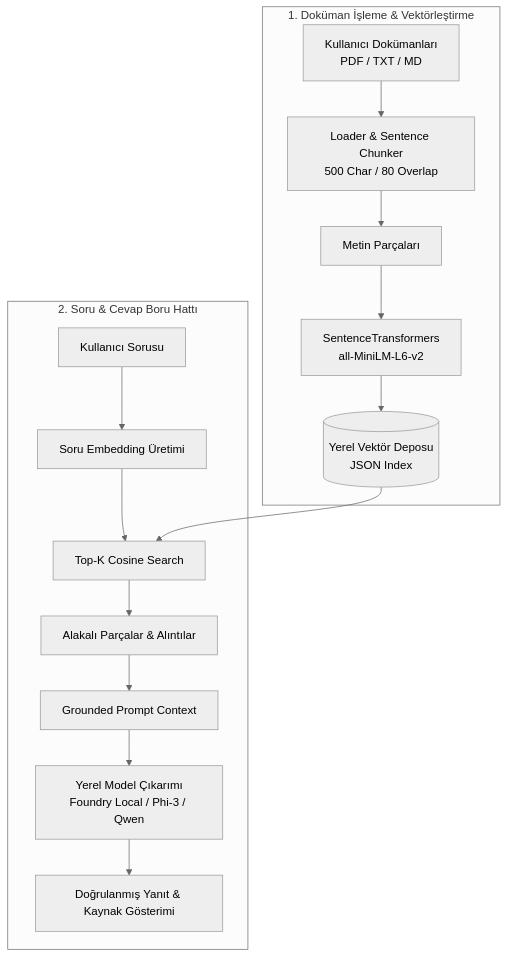
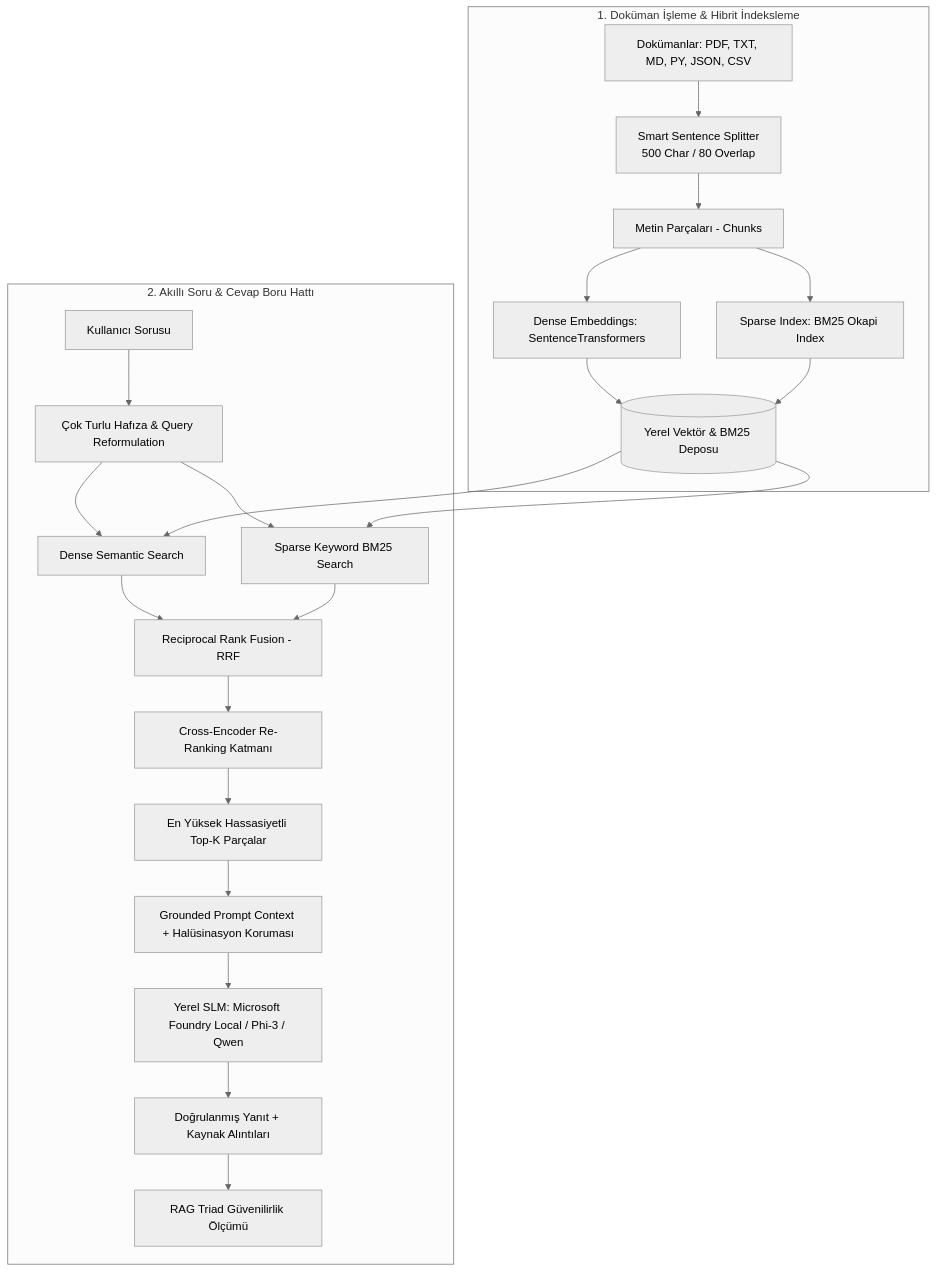
The diagram in README.md (mrkeles61/microsoft-foundry-local-rag), drawn with Mermaid (neutral theme) before and after one commit. The commit also changed other lines of this file and 9 other files, not shown here.

Commit message:
feat(rag2.0): implement hybrid search (BM25+Dense+RRF), cross-encoder reranking, query reformulation, and RAG Triad evaluation

````diff
--- a/README.md
+++ b/README.md
@@ -23,19 +28,27 @@
 ```mermaid
 flowchart TD
-    subgraph Ingestion ["1. Doküman İşleme & Vektörleştirme"]
-        A[Kullanıcı Dokümanları\nPDF / TXT / MD] --> B[Loader & Sentence Chunker\n500 Char / 80 Overlap]
-        B --> C[Metin Parçaları]
-        C --> D[SentenceTransformers\nall-MiniLM-L6-v2]
-        D --> E[(Yerel Vektör Deposu\nJSON Index)]
+    subgraph Ingestion ["1. Doküman İşleme & Hibrit İndeksleme"]
+        A[Dokümanlar: PDF, TXT, MD, PY, JSON, CSV] --> B[Smart Sentence Splitter\n500 Char / 80 Overlap]
+        B --> C[Metin Parçaları - Chunks]
+        C --> D1[Dense Embeddings: SentenceTransformers]
+        C --> D2[Sparse Index: BM25 Okapi Index]
+        D1 --> E[(Yerel Vektör & BM25 Deposu)]
+        D2 --> E
     end
 
-    subgraph QueryPipeline ["2. Soru & Cevap Boru Hattı"]
-        F[Kullanıcı Sorusu] --> G[Soru Embedding Üretimi]
-        G --> H[Top-K Cosine Search]
-        E --> H
-        H --> I[Alakalı Parçalar & Alıntılar]
-        I --> J[Grounded Prompt Context]
-        J --> K[Yerel Model Çıkarımı\nFoundry Local / Phi-3 / Qwen]
-        K --> L[Doğrulanmış Yanıt & Kaynak Gösterimi]
+    subgraph QueryPipeline ["2. Akıllı Soru & Cevap Boru Hattı"]
+        F[Kullanıcı Sorusu] --> G[Çok Turlu Hafıza & Query Reformulation]
+        G --> H1[Dense Semantic Search]
+        G --> H2[Sparse Keyword BM25 Search]
+        E --> H1
+        E --> H2
+        H1 --> RRF[Reciprocal Rank Fusion - RRF]
+        H2 --> RRF
+        RRF --> RERANK[Cross-Encoder Re-Ranking Katmanı]
+        RERANK --> TOP[En Yüksek Hassasiyetli Top-K Parçalar]
+        TOP --> PROMPT[Grounded Prompt Context + Halüsinasyon Koruması]
+        PROMPT --> LLM[Yerel SLM: Microsoft Foundry Local / Phi-3 / Qwen]
+        LLM --> OUT[Doğrulanmış Yanıt + Kaynak Alıntıları]
+        OUT --> EVAL[RAG Triad Güvenilirlik Ölçümü]
     end
 ```
````
